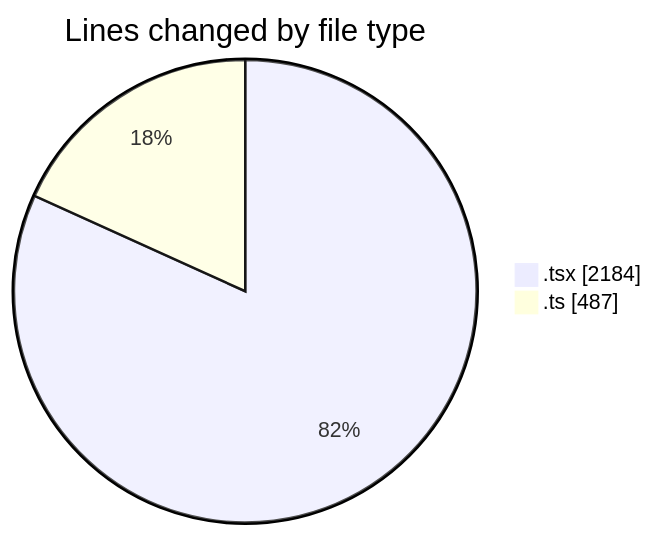
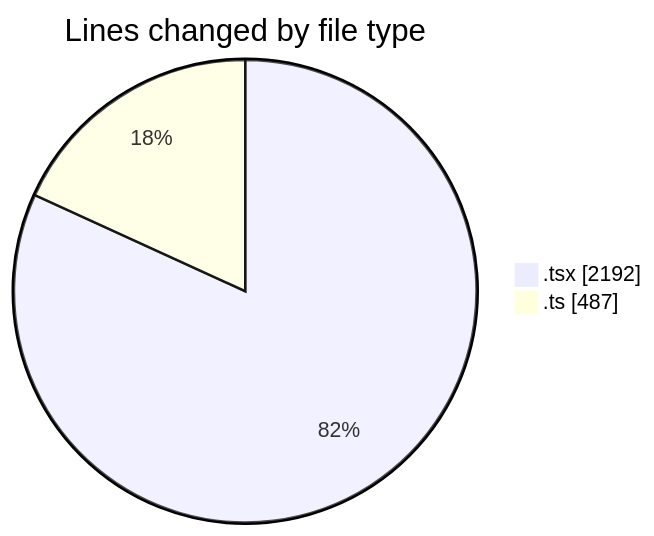
One commit to nxtqubesakshisongat/code-tracking changed the first of 2 diagrams in 2026-03-31/nxtqube_webapp/README.md. Above: the diagram before and after it, drawn with Mermaid. The commit also changed other lines of this file and 1 other file, not shown here.

````diff
--- a/2026-03-31/nxtqube_webapp/README.md
+++ b/2026-03-31/nxtqube_webapp/README.md
@@ -23,6 +23,6 @@
 ```mermaid
 pie showData
 title Lines changed by file type
-".tsx" : 2184
+".tsx" : 2192
 ".ts" : 487
 ```
````
